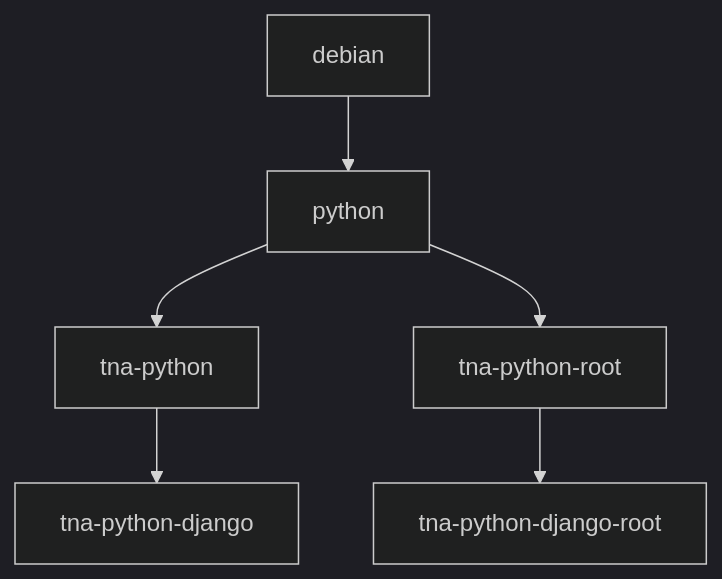
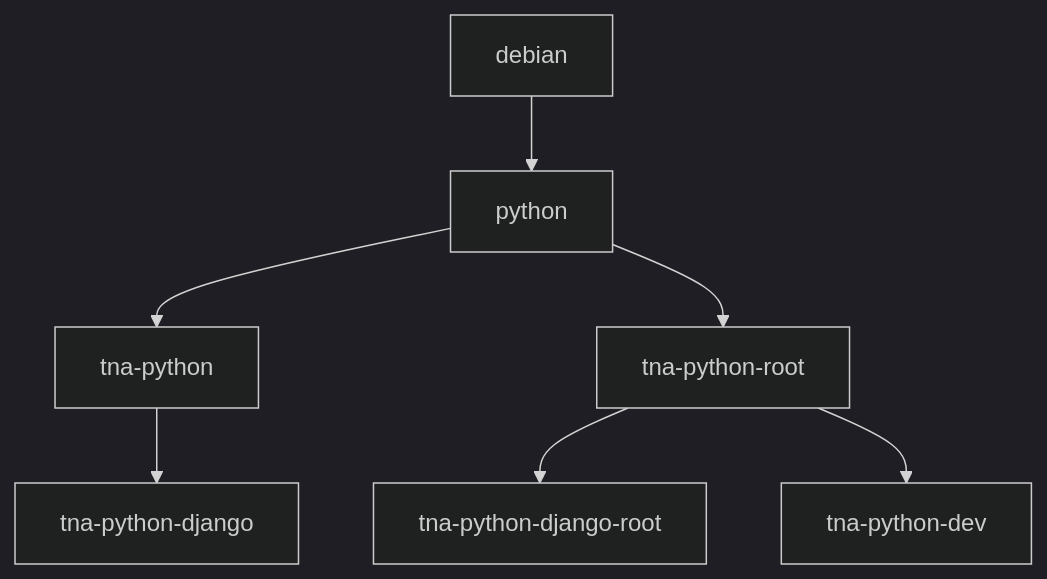
One commit to nationalarchives/docker changed the diagram in README.md. Above: the diagram before and after it, drawn with Mermaid (dark theme). The commit also changed other lines of this file and 16 other files, not shown here.

Commit message:
Add tna-python-dev image

````diff
--- a/README.md
+++ b/README.md
@@ -30,8 +23,9 @@
 ```mermaid
 graph TD;
     debian --> python;
     python --> tna-python;
     python --> tna-python-root;
     tna-python --> tna-python-django;
     tna-python-root --> tna-python-django-root;
+    tna-python-root --> tna-python-dev;
 ```
````
